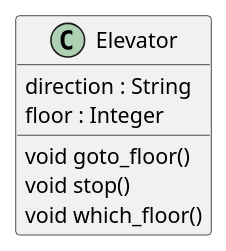
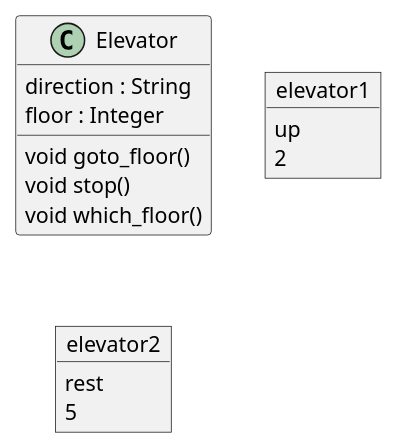
One commit to UPPMAX/programming_formalisms_intro changed the first of 2 diagrams in doc/intro.md. Above: the diagram before and after it, drawn with PlantUML.

````diff
--- a/doc/intro.md
+++ b/doc/intro.md
@@ -77,14 +77,23 @@
 ```{uml}
 @startuml
 class Elevator{
   direction : String
   floor : Integer
   
   void goto_floor()
   void stop()
   void which_floor()
 }
 
+object elevator1{
+up
+2
+}
+object elevator2{
+rest
+5
+}
+
 @enduml
 
 ```
````
